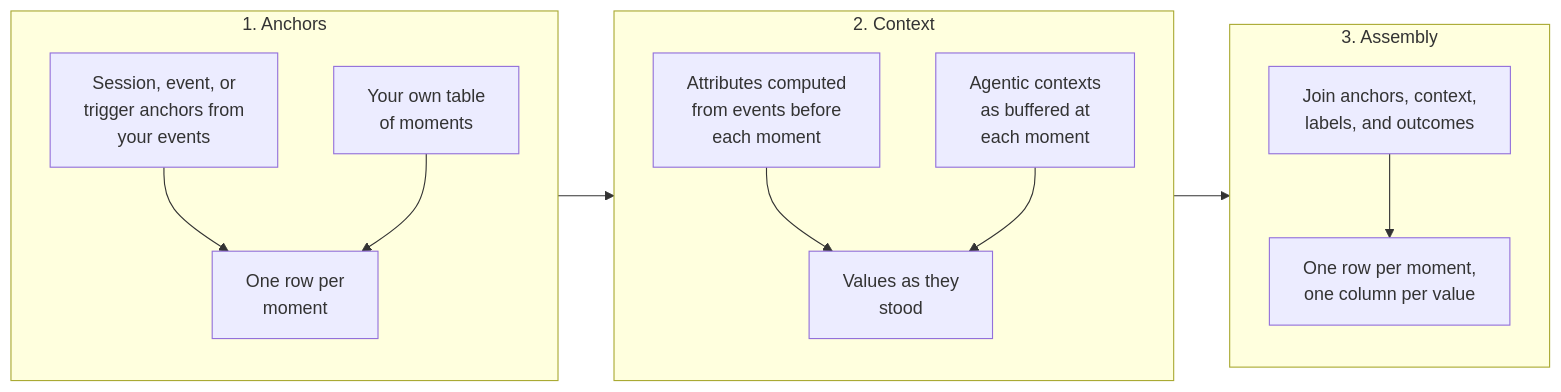
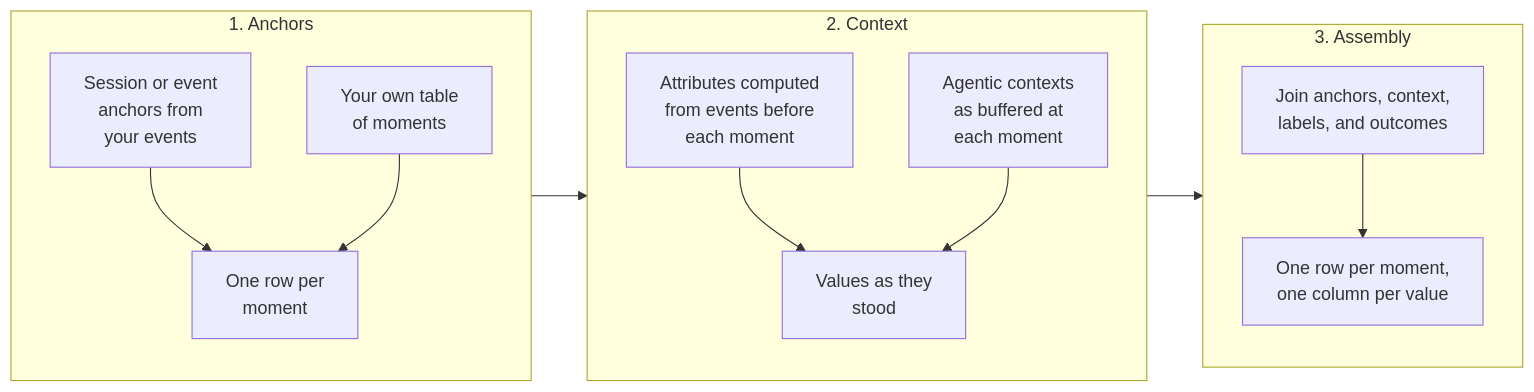
Before and after one commit to snowplow/documentation: the diagram in docs/signals/datasets/index.md, drawn with Mermaid. The commit also changed other lines of this file and 5 other files, not shown here.

````diff
--- a/docs/signals/datasets/index.md
+++ b/docs/signals/datasets/index.md
@@ -31,21 +32,21 @@
 ```mermaid
 flowchart LR
     subgraph stage1["1. Anchors"]
         direction TB
-        A1["Session, event, or<br>trigger anchors from<br>your events"] --> A3["One row per<br>moment"]
+        A1["Session or event<br>anchors from<br>your events"] --> A3["One row per<br>moment"]
         A2["Your own table<br>of moments"] --> A3
     end
 
     subgraph stage2["2. Context"]
         direction TB
         B1["Attributes computed<br>from events before<br>each moment"] --> B3["Values as they<br>stood"]
         B2["Agentic contexts<br>as buffered at<br>each moment"] --> B3
     end
 
     subgraph stage3["3. Assembly"]
         direction TB
         C1["Join anchors, context,<br>labels, and outcomes"] --> C2["One row per moment,<br>one column per value"]
     end
 
     stage1 --> stage2 --> stage3
 ```
````
